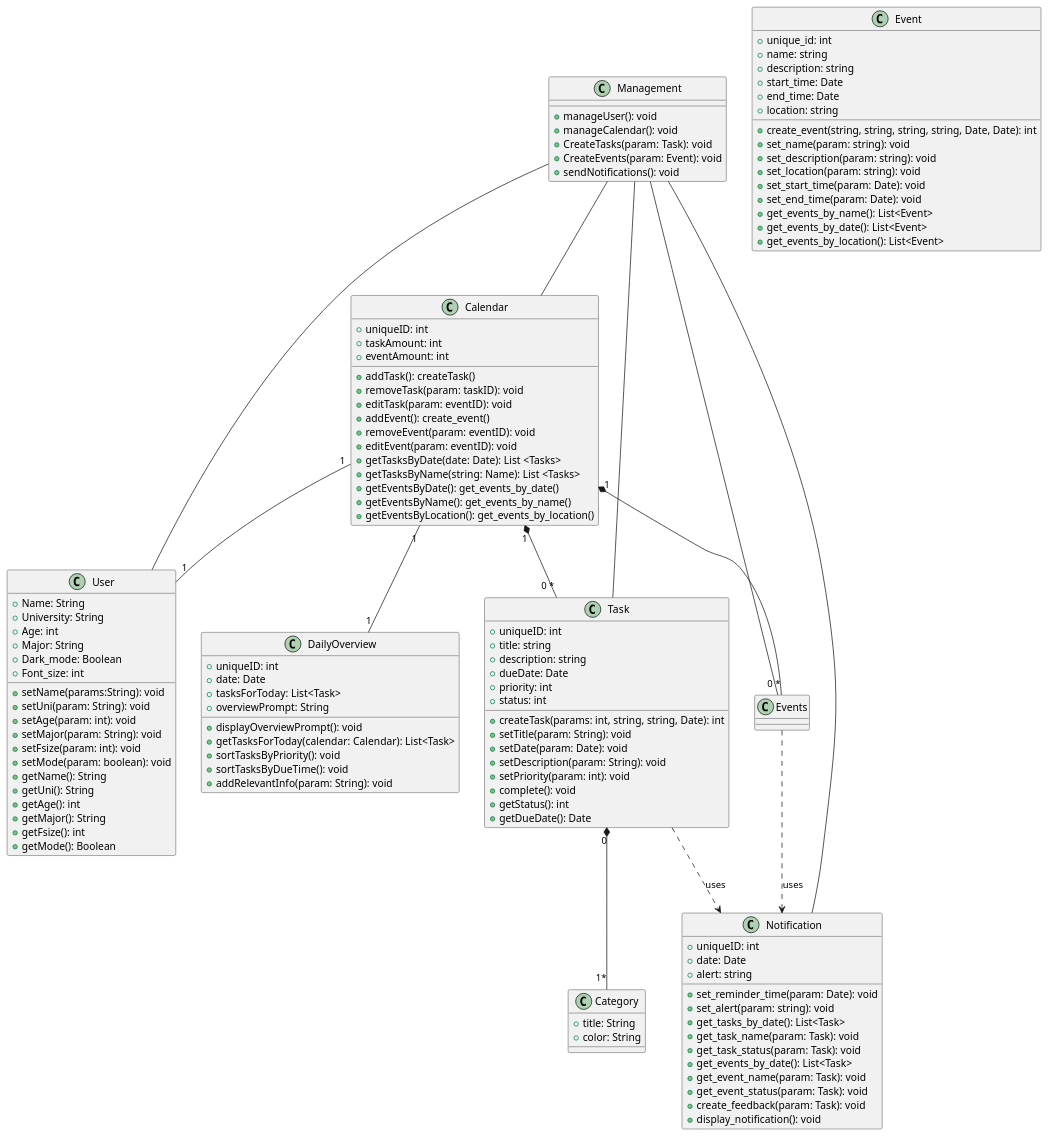
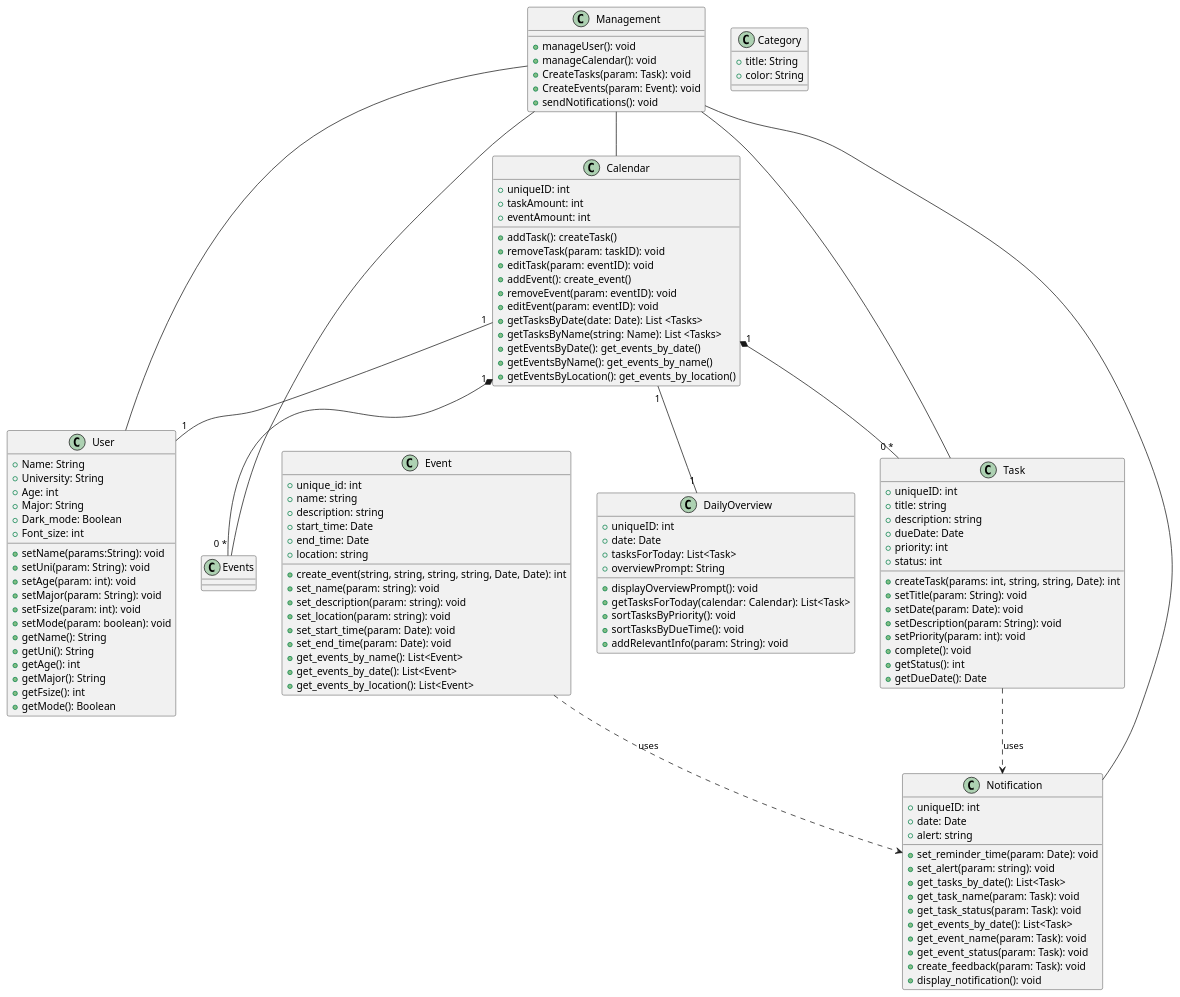
The diagram in assignment6/Diagram.puml (CS361-2024Fall-Term/Innovators), drawn with PlantUML before and after one commit.

```diff
--- a/assignment6/Diagram.puml
+++ b/assignment6/Diagram.puml
@@ -1,135 +1,134 @@
 @startuml
 
 class User {
   +Name: String
   +University: String
   +Age: int
   +Major: String
   +Dark_mode: Boolean
   +Font_size: int
   +setName(params:String): void
   +setUni(param: String): void
   +setAge(param: int): void
   +setMajor(param: String): void
   +setFsize(param: int): void
   +setMode(param: boolean): void
   +getName(): String
   +getUni(): String
   +getAge(): int
   +getMajor(): String
   +getFsize(): int
   +getMode(): Boolean
  
 }
 
 class Calendar {
   +uniqueID: int  
   +taskAmount: int
   +eventAmount: int
   +addTask(): createTask()
   +removeTask(param: taskID): void
   +editTask(param: eventID): void
   +addEvent(): create_event()
   +removeEvent(param: eventID): void
   +editEvent(param: eventID): void
   +getTasksByDate(date: Date): List <Tasks>
   +getTasksByName(string: Name): List <Tasks>
   +getEventsByDate(): get_events_by_date()
   +getEventsByName(): get_events_by_name()
   +getEventsByLocation(): get_events_by_location()
 }
 
 class Task {
   +uniqueID: int
   +title: string
   +description: string
   +dueDate: Date
   +priority: int
   +status: int
   +createTask(params: int, string, string, Date): int
   +setTitle(param: String): void
   +setDate(param: Date): void
   +setDescription(param: String): void
   +setPriority(param: int): void
   +complete(): void
   +getStatus(): int
   +getDueDate(): Date
 }
 
 class Category {
   +title: String
   +color: String
 }
 
 class Notification {
   +uniqueID: int  
   +date: Date
   +alert: string
   
   +set_reminder_time(param: Date): void
   +set_alert(param: string): void
   +get_tasks_by_date(): List<Task>
   +get_task_name(param: Task): void
   +get_task_status(param: Task): void
   +get_events_by_date(): List<Task>
   +get_event_name(param: Task): void
   +get_event_status(param: Task): void
   +create_feedback(param: Task): void
   +display_notification(): void
 }
 
 class Event {
   +unique_id: int  
   +name: string
   +description: string
   +start_time: Date
   +end_time: Date
   +location: string
   +create_event(string, string, string, string, Date, Date): int
   +set_name(param: string): void
   +set_description(param: string): void
   +set_location(param: string): void
   +set_start_time(param: Date): void
   +set_end_time(param: Date): void
   +get_events_by_name(): List<Event>
   +get_events_by_date(): List<Event>
   +get_events_by_location(): List<Event>
 }
 
 class DailyOverview {
     +uniqueID: int
     +date: Date
     +tasksForToday: List<Task>
     +overviewPrompt: String
 
     +displayOverviewPrompt(): void
     +getTasksForToday(calendar: Calendar): List<Task>
     +sortTasksByPriority(): void
     +sortTasksByDueTime(): void
     +addRelevantInfo(param: String): void
 }
 
 class Management {
   +manageUser(): void
   +manageCalendar(): void
   +CreateTasks(param: Task): void
   +CreateEvents(param: Event): void
   +sendNotifications(): void
 }
 
 Management -- User
 Management -- Calendar
 Management -- Task
 Management -- Events
 Management -- Notification
 
 Calendar "1" -- "1" User
 Calendar "1" *-- "0 *" Task
 Calendar "1" *-- "0 *" Events
 Task ..> Notification: uses
-Task "0" *-- "1*" Category
-Events ..> Notification: uses
+Event ..> Notification: uses
 Calendar "1" -- "1" DailyOverview
 
 
 @enduml
```
